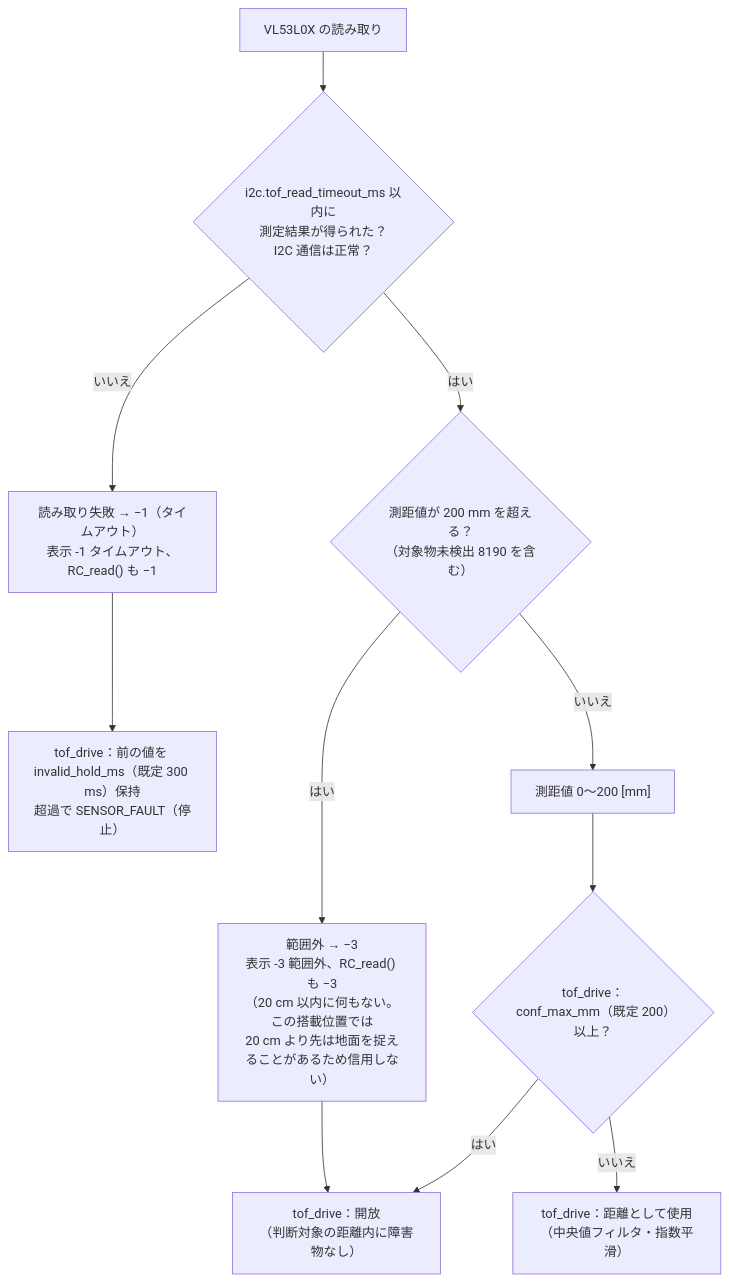
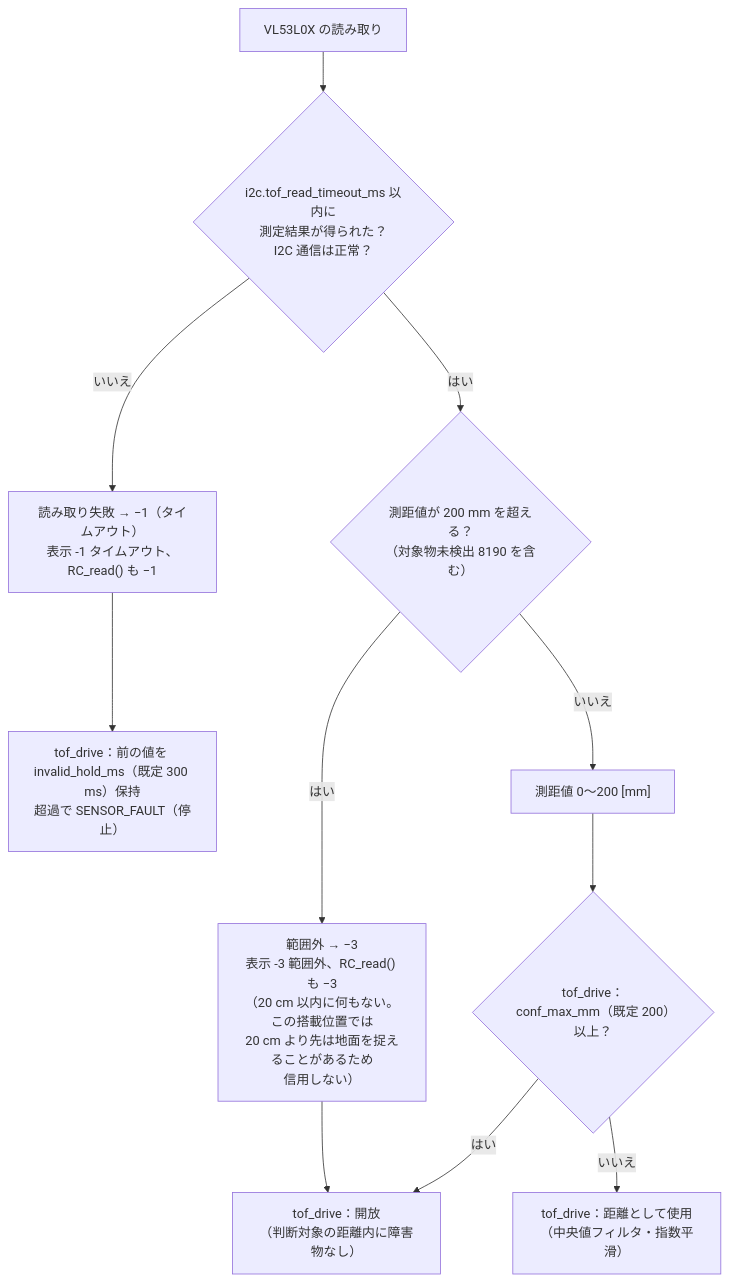
The diagram in docs/figures/ja/03-tof-reading.mmd (RumiCar-group/RumiCar-Zero2Cam), drawn with Mermaid before and after one commit. The commit also changed 8 other files, not shown here.

```diff
--- a/docs/figures/ja/03-tof-reading.mmd
+++ b/docs/figures/ja/03-tof-reading.mmd
@@ -1,11 +1,11 @@
 flowchart TD
     R["VL53L0X の読み取り"] --> Q{"i2c.tof_read_timeout_ms 以内に<br/>測定結果が得られた？<br/>I2C 通信は正常？"}
     Q -->|"いいえ"| F["読み取り失敗 → −1（タイムアウト）<br/>表示 -1 タイムアウト、RC_read() も −1"]
     Q -->|"はい"| V{"測距値が 200 mm を超える？<br/>（対象物未検出 8190 を含む）"}
-    V -->|"はい"| O["範囲外 → −3<br/>表示 -3 範囲外、RC_read() も −3<br/>（20 cm 以内に何もない。この搭載位置では<br/>20 cm より先は地面を捉えることがあるため信用しない）"]
+    V -->|"はい"| O["範囲外 → −3<br/>表示 -3 範囲外、RC_read() も −3<br/>（20 cm 以内に何もない。この搭載位置では<br/>20 cm より先は地面を捉えることがあるため<br/>信用しない）"]
     V -->|"いいえ"| D["測距値 0〜200 [mm]"]
     D --> T{"tof_drive：<br/>conf_max_mm（既定 200）以上？"}
     T -->|"はい"| OPEN["tof_drive：開放<br/>（判断対象の距離内に障害物なし）"]
     O --> OPEN
     T -->|"いいえ"| USE["tof_drive：距離として使用<br/>（中央値フィルタ・指数平滑）"]
     F --> HOLD["tof_drive：前の値を invalid_hold_ms（既定 300 ms）保持<br/>超過で SENSOR_FAULT（停止）"]
```
